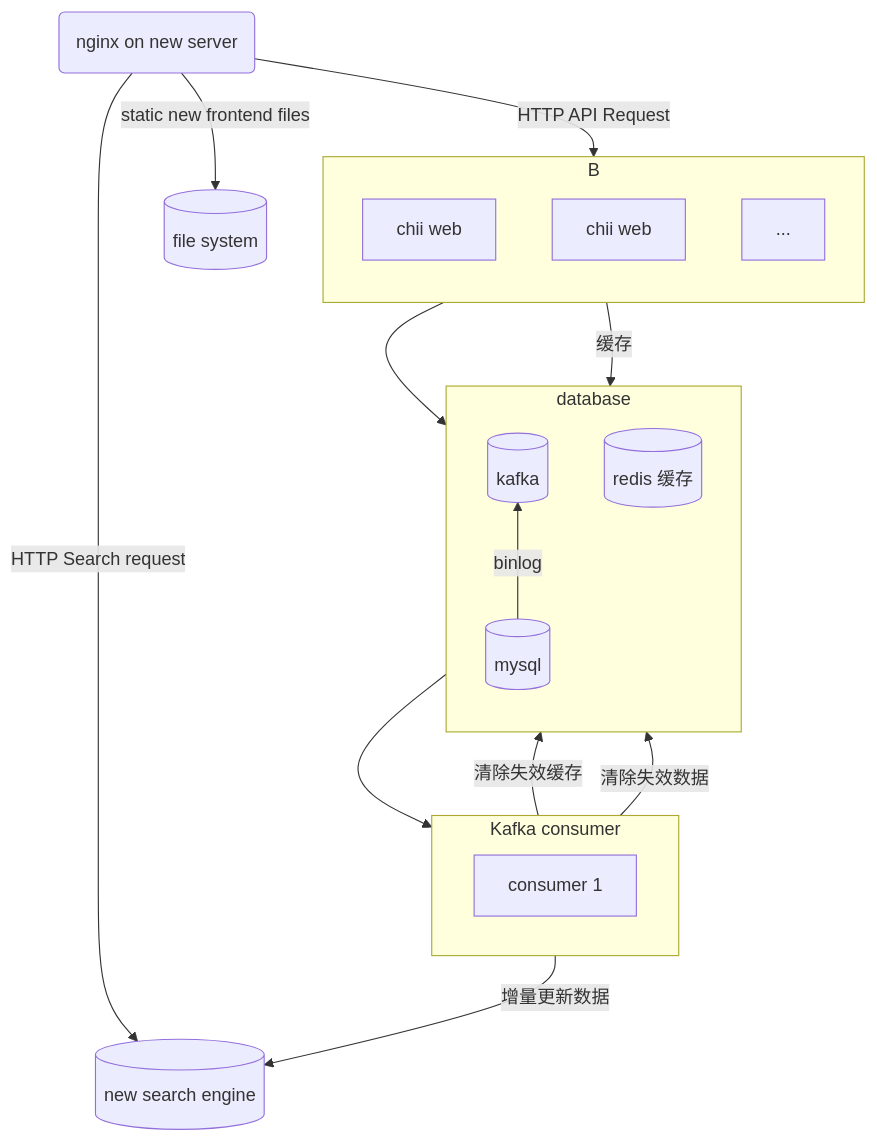
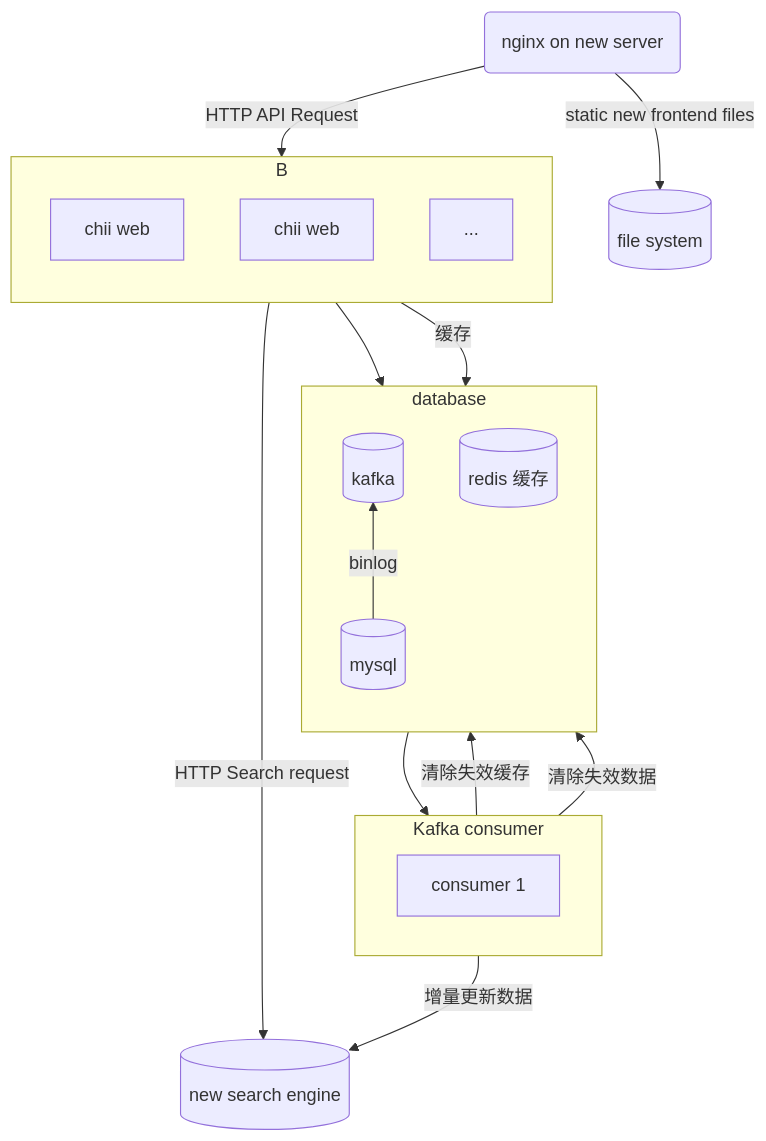
The second of 2 diagrams in readme.md (bangumi/server), drawn with Mermaid before and after one commit. The commit also changed other lines of this file and 28 other files, not shown here.

````diff
--- a/readme.md
+++ b/readme.md
@@ -79,39 +79,39 @@
 ```mermaid
 flowchart TD
   Nginx(nginx on new server);
 
   Nginx -->|static new frontend files|FS[(file system)];
 
   Nginx -->|HTTP API Request|B;
-  Nginx --> |HTTP Search request|meilisearch;
+  B --> |HTTP Search request|meilisearch;
 
   C --> |增量更新数据|meilisearch;
 
   B --> mysql
   B --> |缓存|redis
   C --> |清除失效缓存|redis
   C --> |清除失效数据|mysql
   kafka --> C;
 
 
   subgraph B
     direction BT
     B1[chii web];
     B2[chii web];
     ...
   end
 
   subgraph C[Kafka consumer]
     C1[consumer 1];
   end
 
   meilisearch[(new search engine)];
 
   subgraph Components[database]
     direction BT
     redis[(redis 缓存)]
     mysql[(mysql)]
     kafka[(kafka)]
     mysql --> |binlog|kafka;
   end
 ```
````
